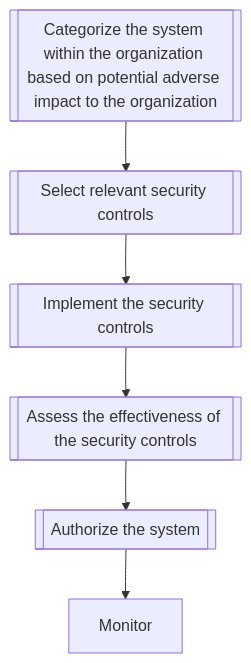
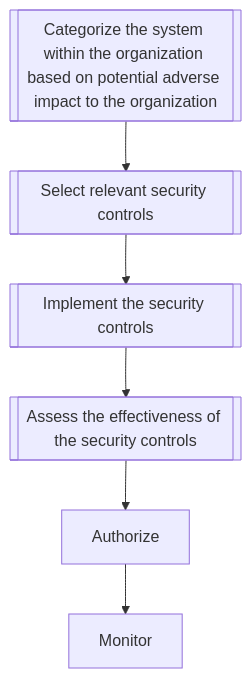
The diagram in ato.md (mgifford/mermaid-graphs), drawn with Mermaid before and after one commit.

Commit message:
working through error

````diff
--- a/ato.md
+++ b/ato.md
@@ -10,9 +10,9 @@
 ```mermaid
 graph TD
 
 Categorize[[Categorize the system within the organization based on potential adverse impact to the organization]] --> Select
 Select[[Select relevant security controls]] --> Implement
 Implement[[Implement the security controls]] --> Assess
 Assess[[Assess the effectiveness of the security controls]] --> Authorize
-Authorize[[Authorize the system‍]] --> Monitor
+Authorize --> Monitor
 ```
````
